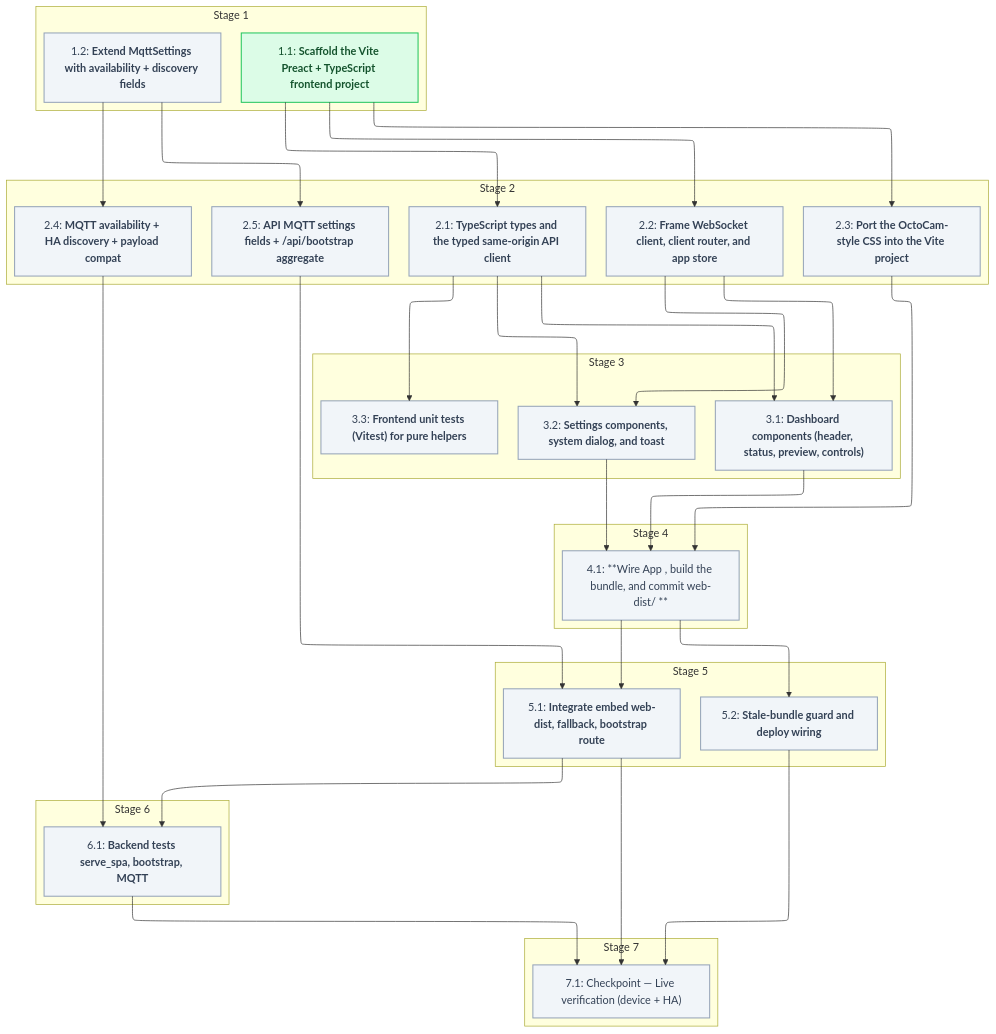
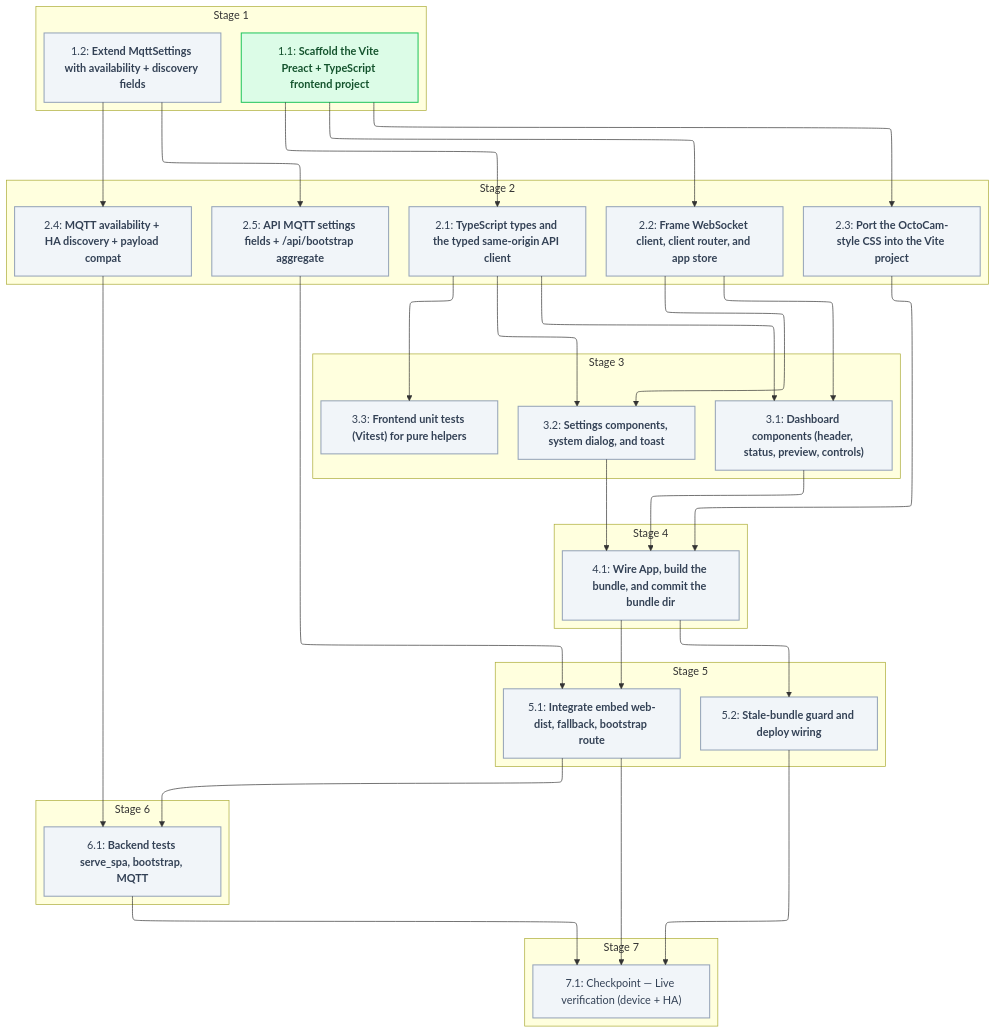
The diagram in .specs/preact-frontend/04_tasks.md (sohampatwardhan/MoodLightPi), drawn with Mermaid before and after one commit. The commit also changed other lines of this file and 3 other files, not shown here.

Commit message:
chore(spec): task 1.1 ledger, gantt, flowchart, path links

````diff
--- a/.specs/preact-frontend/04_tasks.md
+++ b/.specs/preact-frontend/04_tasks.md
@@ -9,71 +9,71 @@
 ```mermaid
 %%{init: {'flowchart': {'defaultRenderer': 'elk'}}}%%
 flowchart TD
   classDef done fill:#dcfce7,stroke:#22c55e,stroke-width:1.5px,color:#14532d
   classDef pending fill:#f1f5f9,stroke:#94a3b8,stroke-width:1.5px,color:#334155
   subgraph n_stage_1["Stage 1"]
     n_1_1@{ shape: rect, label: "1.1: **Scaffold the Vite Preact + TypeScript frontend project**" }
     n_1_2@{ shape: rect, label: "1.2: **Extend MqttSettings with availability + discovery fields**" }
   end
   subgraph n_stage_2["Stage 2"]
     n_2_1@{ shape: rect, label: "2.1: **TypeScript types and the typed same-origin API client**" }
     n_2_2@{ shape: rect, label: "2.2: **Frame WebSocket client, client router, and app store**" }
     n_2_3@{ shape: rect, label: "2.3: **Port the OctoCam-style CSS into the Vite project**" }
     n_2_4@{ shape: rect, label: "2.4: **MQTT availability + HA discovery + payload compat**" }
     n_2_5@{ shape: rect, label: "2.5: **API MQTT settings fields + /api/bootstrap aggregate**" }
   end
   subgraph n_stage_3["Stage 3"]
     n_3_1@{ shape: rect, label: "3.1: **Dashboard components (header, status, preview, controls)**" }
     n_3_2@{ shape: rect, label: "3.2: **Settings components, system dialog, and toast**" }
     n_3_3@{ shape: rect, label: "3.3: **Frontend unit tests (Vitest) for pure helpers**" }
   end
   subgraph n_stage_4["Stage 4"]
-    n_4_1@{ shape: rect, label: "4.1: **Wire App , build the bundle, and commit web-dist/ **" }
+    n_4_1@{ shape: rect, label: "4.1: **Wire App, build the bundle, and commit the bundle dir**" }
   end
   subgraph n_stage_5["Stage 5"]
     n_5_1@{ shape: rect, label: "5.1: **Integrate embed web-dist, fallback, bootstrap route**" }
     n_5_2@{ shape: rect, label: "5.2: **Stale-bundle guard and deploy wiring**" }
   end
   subgraph n_stage_6["Stage 6"]
     n_6_1@{ shape: rect, label: "6.1: **Backend tests serve_spa, bootstrap, MQTT**" }
   end
   subgraph n_stage_7["Stage 7"]
     n_7_1@{ shape: rect, label: "7.1: Checkpoint — Live verification (device + HA)" }
   end
   n_1_1 --> n_2_1
   n_1_1 --> n_2_2
   n_1_1 --> n_2_3
   n_1_2 --> n_2_4
   n_1_2 --> n_2_5
   n_2_1 --> n_3_1
   n_2_2 --> n_3_1
   n_2_1 --> n_3_2
   n_2_2 --> n_3_2
   n_2_1 --> n_3_3
   n_2_3 --> n_4_1
   n_3_1 --> n_4_1
   n_3_2 --> n_4_1
   n_4_1 --> n_5_1
   n_2_5 --> n_5_1
   n_4_1 --> n_5_2
   n_2_4 --> n_6_1
   n_5_1 --> n_6_1
   n_5_1 --> n_7_1
   n_5_2 --> n_7_1
   n_6_1 --> n_7_1
   class n_1_1 done
   class n_1_2 pending
   class n_2_1 pending
   class n_2_2 pending
   class n_2_3 pending
   class n_2_4 pending
   class n_2_5 pending
   class n_3_1 pending
   class n_3_2 pending
   class n_3_3 pending
   class n_4_1 pending
   class n_5_1 pending
   class n_5_2 pending
   class n_6_1 pending
   class n_7_1 pending
 ```
````
